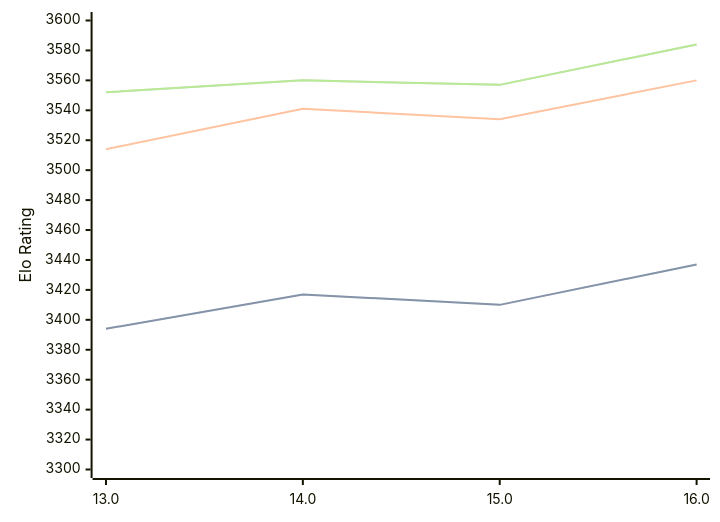
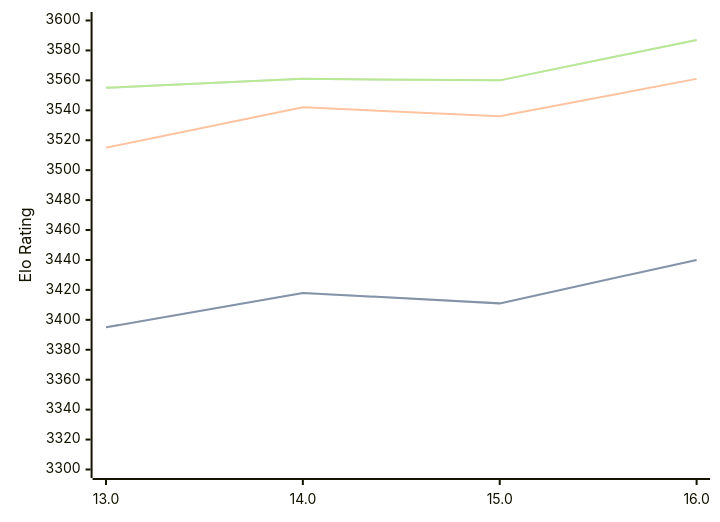
One commit to computer-chess-index/cci changed the diagram in engines/Obsidian.md. Above: the diagram before and after it, drawn with Mermaid. The commit also changed other lines of this file, not shown here.

Commit message:
Update CCI Ratings (ELO VLTC) - 2026-09-01

````diff
--- a/engines/Obsidian.md
+++ b/engines/Obsidian.md
@@ -34,11 +34,11 @@
 ```mermaid
 %%{init: {"theme":"base","themeVariables":{"seriesColors:['#a3a3a3','#222221','#faa371']}}}%%
 xychart-beta
   x-axis ["13.0", "14.0", "15.0", "16.0"]
   y-axis "Elo Rating" 3300 --> 3600
-  line "" [3394, 3417, 3410, 3437]
-  line "STC (8.0+0.08s)" [3394, 3417, 3410, 3437]
-  line "LTC (60.0+0.60s)" [3514, 3541, 3534, 3560]
-  line "" [3552, 3560, 3557, 3584]
-  line "VLTC (2m24s+1.12s)" [3552, 3560, 3557, 3584]
+  line "" [3395, 3418, 3411, 3440]
+  line "STC (8.0+0.08s)" [3395, 3418, 3411, 3440]
+  line "LTC (60.0+0.60s)" [3515, 3542, 3536, 3561]
+  line "" [3555, 3561, 3560, 3587]
+  line "VLTC (2m24s+1.12s)" [3555, 3561, 3560, 3587]
 ```
````
